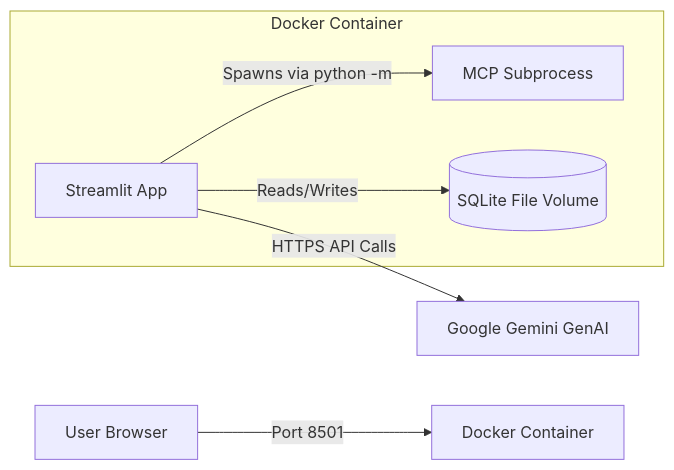
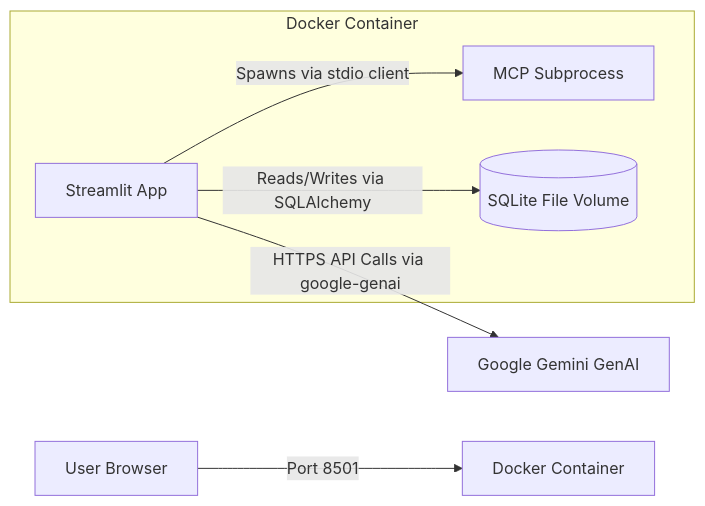
Before and after one commit to Ashphysics/thinkflow-studio: the diagram in docs/architecture/deployment.md, drawn with Mermaid. The commit also changed other lines of this file and 35 other files, not shown here.

````diff
--- a/docs/architecture/deployment.md
+++ b/docs/architecture/deployment.md
@@ -5,15 +8,15 @@
 ```mermaid
 graph LR
     User[User Browser] -->|Port 8501| Docker[Docker Container]
     
     subgraph Docker Container
         UI[Streamlit App]
         MCP[MCP Subprocess]
         DB[(SQLite File Volume)]
         
-        UI -- "Spawns via python -m" --> MCP
-        UI -- "Reads/Writes" --> DB
+        UI -- "Spawns via stdio client" --> MCP
+        UI -- "Reads/Writes via SQLAlchemy" --> DB
     end
     
-    UI -- "HTTPS API Calls" --> Gemini[Google Gemini GenAI]
+    UI -- "HTTPS API Calls via google-genai" --> Gemini[Google Gemini GenAI]
 ```
````
